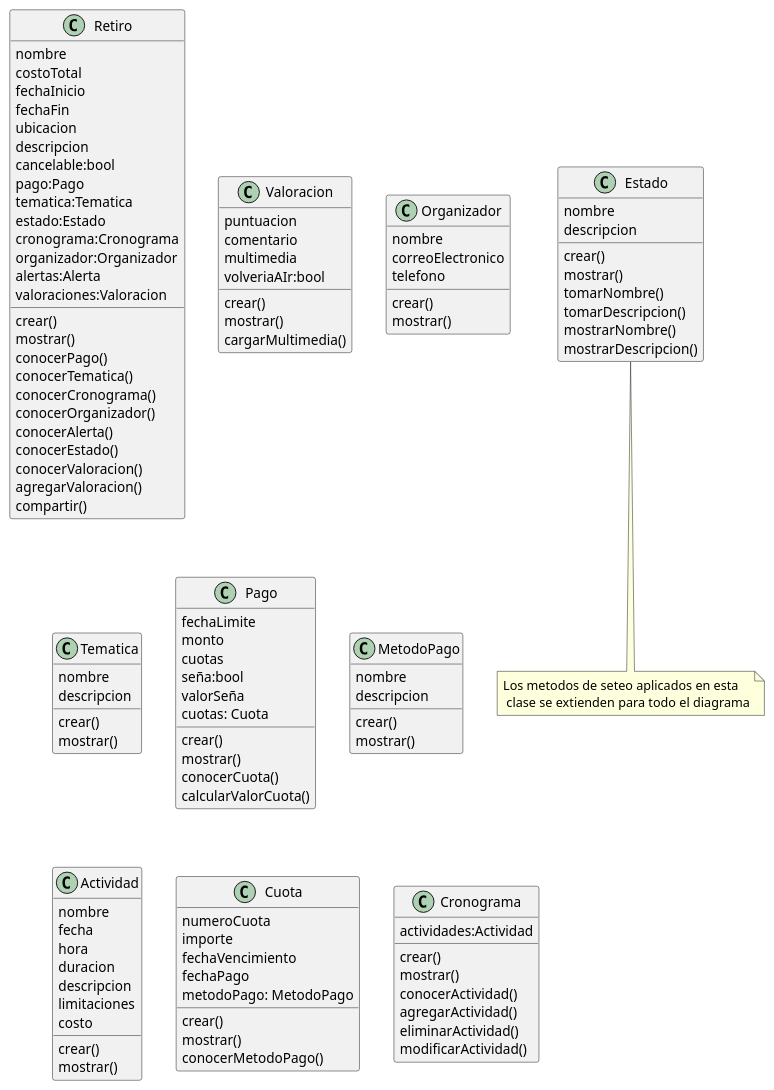
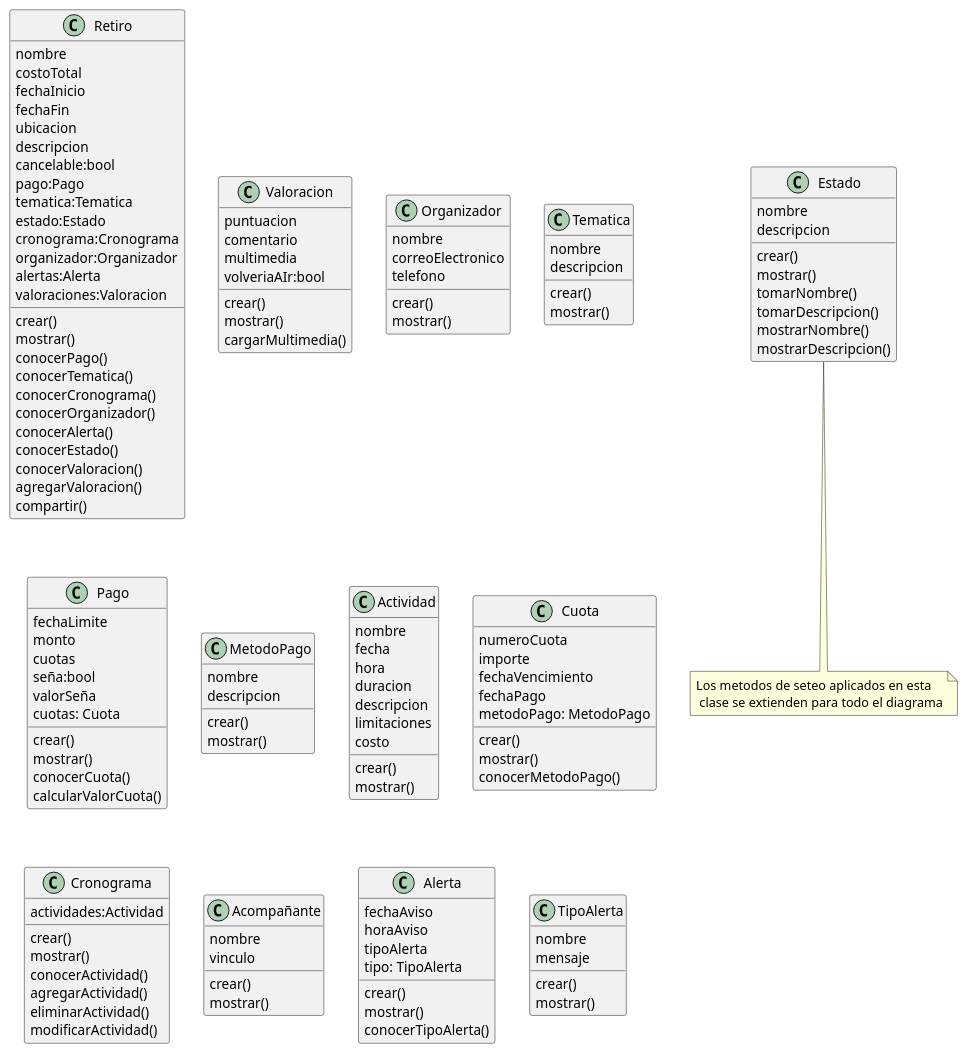
Before and after one commit to Facu-maldon/TPI-ASI-Grupo11: the diagram in Diagrama de clases.puml, drawn with PlantUML.

Commit message:
Agregacion de entidades secundarias: Acompañante, Alerta, tipoAlerta

```diff
--- a/Diagrama de clases.puml
+++ b/Diagrama de clases.puml
@@ -1,131 +1,161 @@
 @startuml retiros
 
 class Retiro{
     nombre
     costoTotal
     fechaInicio
     fechaFin
     ubicacion
     descripcion
     cancelable:bool
     pago:Pago
     tematica:Tematica
     estado:Estado
     cronograma:Cronograma
     organizador:Organizador
     alertas:Alerta
     valoraciones:Valoracion
 
     crear()
     mostrar()
     conocerPago()
     conocerTematica()
     conocerCronograma()
     conocerOrganizador()
     conocerAlerta()
     conocerEstado()
     conocerValoracion()
     agregarValoracion()
     compartir()
 }
 
 class Valoracion{
     puntuacion
     comentario
     multimedia
     volveriaAIr:bool
 
     crear()
     mostrar()
     cargarMultimedia()
 }
 
 class Estado{
     nombre
     descripcion
 
     crear()
     mostrar()
     tomarNombre()
     tomarDescripcion()
     mostrarNombre()
     mostrarDescripcion()
 }
 
 class Organizador{
     nombre
     correoElectronico
     telefono
 
     crear()
     mostrar()
 }
 
 class Tematica{
     nombre
     descripcion
 
     crear()
     mostrar()
 }
 
 class Pago{
     fechaLimite
     monto
     cuotas
     seña:bool
     valorSeña
     cuotas: Cuota
 
     crear()
     mostrar()
     conocerCuota()
     calcularValorCuota()
 }
 
 class MetodoPago{
     nombre
     descripcion
 
     crear()
     mostrar()
 }
 
 class Actividad{
     nombre
     fecha
     hora
     duracion
     descripcion
     limitaciones
     costo
 
     crear()
     mostrar()
 }
  class Cuota {
     numeroCuota
     importe
     fechaVencimiento
     fechaPago
     metodoPago: MetodoPago
 
     crear()
     mostrar()
     conocerMetodoPago()
  }
+
 class Cronograma{
     actividades:Actividad
 
     crear()
     mostrar()
     conocerActividad()
     agregarActividad()
     eliminarActividad()
     modificarActividad()
 }
 
+class Acompañante {
+    nombre
+    vinculo
+
+    crear()
+    mostrar()
+}
+
+class Alerta{
+    fechaAviso
+    horaAviso
+    tipoAlerta
+    tipo: TipoAlerta
+
+    crear()
+    mostrar()
+    conocerTipoAlerta()
+}
+
+class TipoAlerta{
+    nombre
+    mensaje
+
+    crear()
+    mostrar()
+
+
+}
+
 
 note bottom of Estado : Los metodos de seteo aplicados en esta \n clase se extienden para todo el diagrama
 
 @enduml
```
